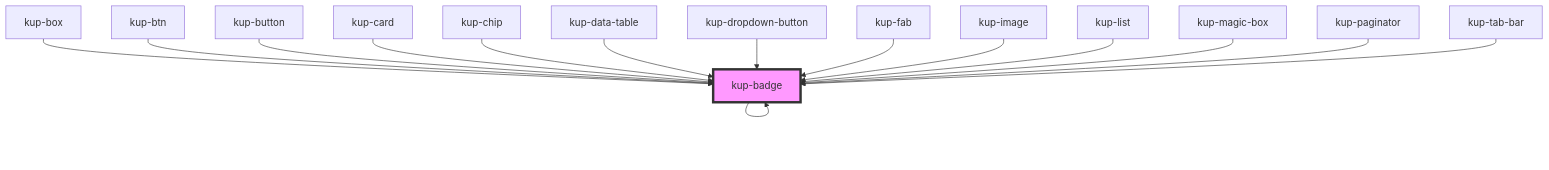
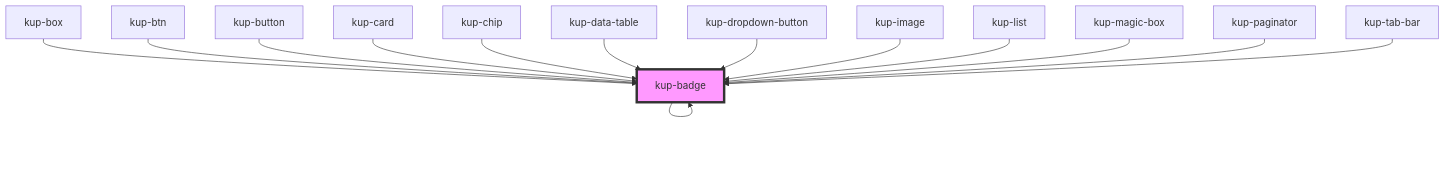
One commit to smeup/ketchup changed the diagram in packages/ketchup/src/components/kup-badge/readme.md. Above: the diagram before and after it, drawn with Mermaid. The commit also changed other lines of this file and 9 other files, not shown here.

Commit message:
Removed kup-fab and its dependency. Improved kup-button default logic. KupDebug's widget features flat button instead of icon buttons.

````diff
--- a/packages/ketchup/src/components/kup-badge/readme.md
+++ b/packages/ketchup/src/components/kup-badge/readme.md
@@ -69,18 +68,17 @@
 ```mermaid
 graph TD;
   kup-badge --> kup-badge
   kup-box --> kup-badge
   kup-btn --> kup-badge
   kup-button --> kup-badge
   kup-card --> kup-badge
   kup-chip --> kup-badge
   kup-data-table --> kup-badge
   kup-dropdown-button --> kup-badge
-  kup-fab --> kup-badge
   kup-image --> kup-badge
   kup-list --> kup-badge
   kup-magic-box --> kup-badge
   kup-paginator --> kup-badge
   kup-tab-bar --> kup-badge
   style kup-badge fill:#f9f,stroke:#333,stroke-width:4px
 ```
````
